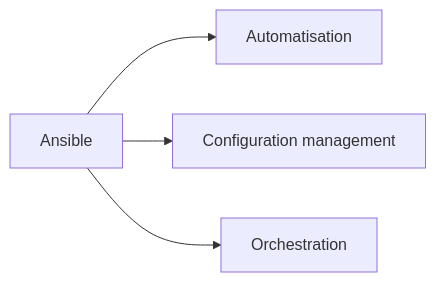
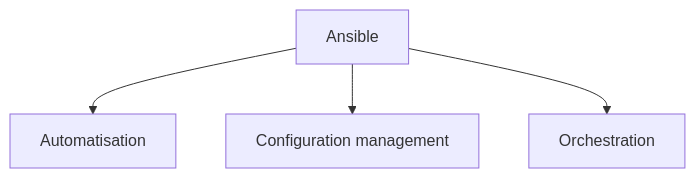
One commit to zyrass/omnydocs changed the first of 30 diagrams in docs/glossaire/devsecops.md. Above: the diagram before and after it, drawn with Mermaid. The commit also changed other lines of this file and 1780 other files, not shown here.

````diff
--- a/docs/glossaire/devsecops.md
+++ b/docs/glossaire/devsecops.md
@@ -27,6 +33,6 @@
-    ```mermaid
-    graph LR
-        A[Ansible] --> B[Automatisation]
-        A --> C[Configuration management]
-        A --> D[Orchestration]
-    ```
+```mermaid
+graph TB
+    A[Ansible] --> B[Automatisation]
+    A --> C[Configuration management]
+    A --> D[Orchestration]
+```
````
